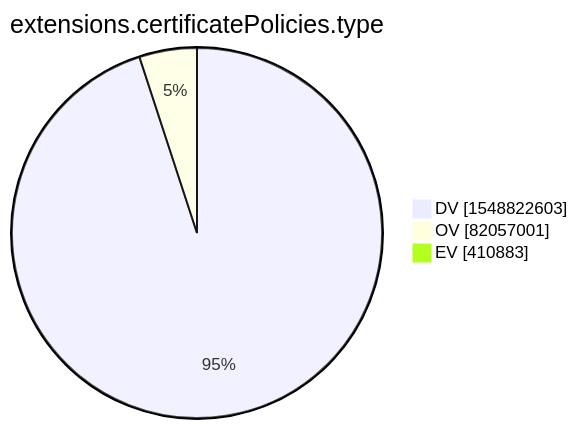
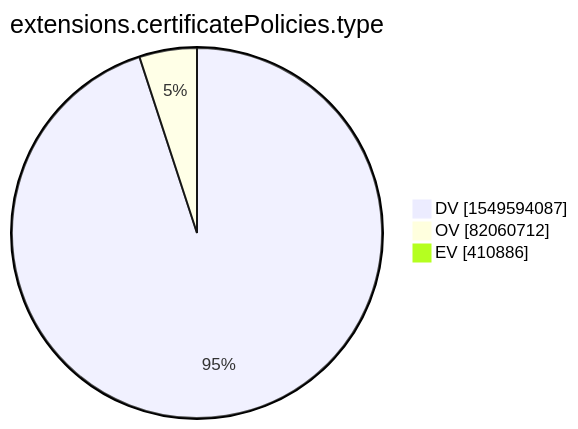
One commit to christiankrug/ctmonitor_visualization changed the tenth of 15 diagrams in xenon2022/README.md. Above: the diagram before and after it, drawn with Mermaid. The commit also changed other lines of this file, not shown here.

````diff
--- a/xenon2022/README.md
+++ b/xenon2022/README.md
@@ -2876,7 +2876,7 @@
 ```mermaid
 pie showData
 title extensions.certificatePolicies.type
-"DV" :1548822603
-"OV" :82057001
-"EV" :410883
+"DV" :1549594087
+"OV" :82060712
+"EV" :410886
 ```
````
